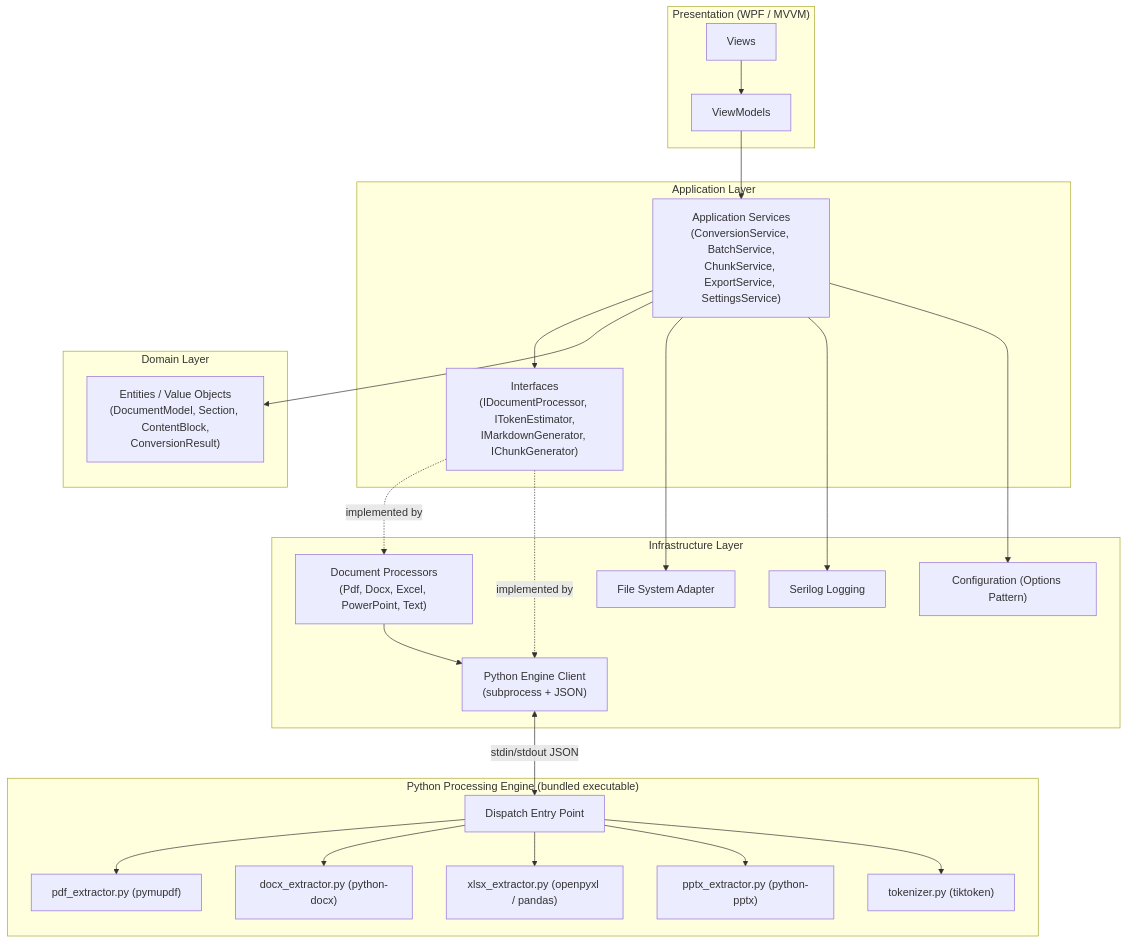
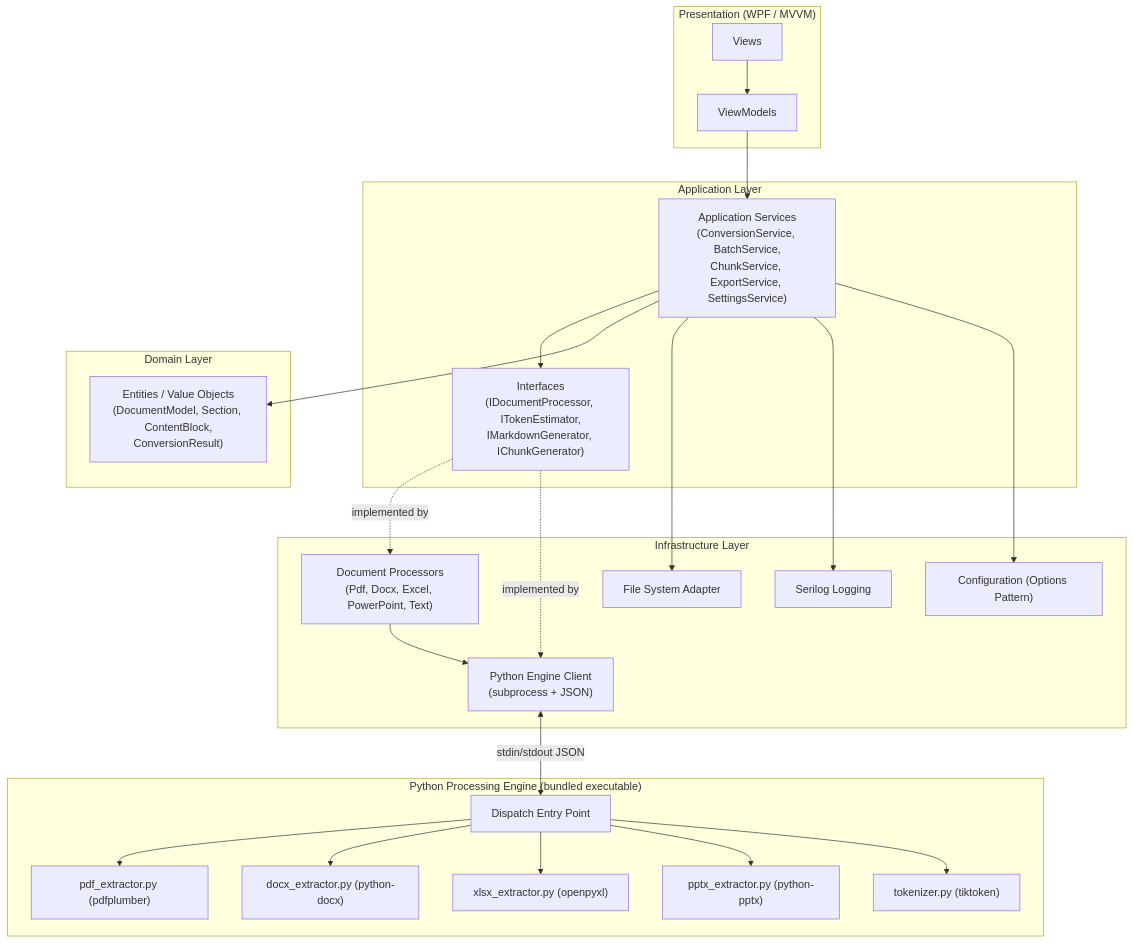
One commit to mehedi995/AI-Document-Converter changed the first of 5 diagrams in docs/07-TECHNICAL-ARCHITECTURE.md. Above: the diagram before and after it, drawn with Mermaid. The commit also changed other lines of this file and 11 other files, not shown here.

````diff
--- a/docs/07-TECHNICAL-ARCHITECTURE.md
+++ b/docs/07-TECHNICAL-ARCHITECTURE.md
@@ -15,44 +15,44 @@
 ```mermaid
 flowchart TB
     subgraph WPF["Presentation (WPF / MVVM)"]
         Views["Views"] --> ViewModels["ViewModels"]
     end
 
     subgraph App["Application Layer"]
         Services["Application Services\n(ConversionService, BatchService,\nChunkService, ExportService, SettingsService)"]
         Interfaces["Interfaces\n(IDocumentProcessor, ITokenEstimator,\nIMarkdownGenerator, IChunkGenerator)"]
     end
 
     subgraph Domain["Domain Layer"]
         Entities["Entities / Value Objects\n(DocumentModel, Section, ContentBlock,\nConversionResult)"]
     end
 
     subgraph Infra["Infrastructure Layer"]
         Processors["Document Processors\n(Pdf, Docx, Excel, PowerPoint, Text)"]
         PyClient["Python Engine Client\n(subprocess + JSON)"]
         FS["File System Adapter"]
         Log["Serilog Logging"]
         Cfg["Configuration (Options Pattern)"]
     end
 
     subgraph Py["Python Processing Engine (bundled executable)"]
         PyDispatch["Dispatch Entry Point"]
-        PyPdf["pdf_extractor.py (pymupdf)"]
+        PyPdf["pdf_extractor.py (pdfplumber)"]
         PyDocx["docx_extractor.py (python-docx)"]
-        PyXlsx["xlsx_extractor.py (openpyxl / pandas)"]
+        PyXlsx["xlsx_extractor.py (openpyxl)"]
         PyPptx["pptx_extractor.py (python-pptx)"]
         PyTok["tokenizer.py (tiktoken)"]
     end
 
     ViewModels --> Services
     Services --> Interfaces
     Interfaces -.implemented by.-> Processors
     Interfaces -.implemented by.-> PyClient
     Services --> Entities
     Processors --> PyClient
     PyClient <--> |"stdin/stdout JSON"| PyDispatch
     PyDispatch --> PyPdf & PyDocx & PyXlsx & PyPptx & PyTok
     Services --> FS
     Services --> Log
     Services --> Cfg
 ```
````
